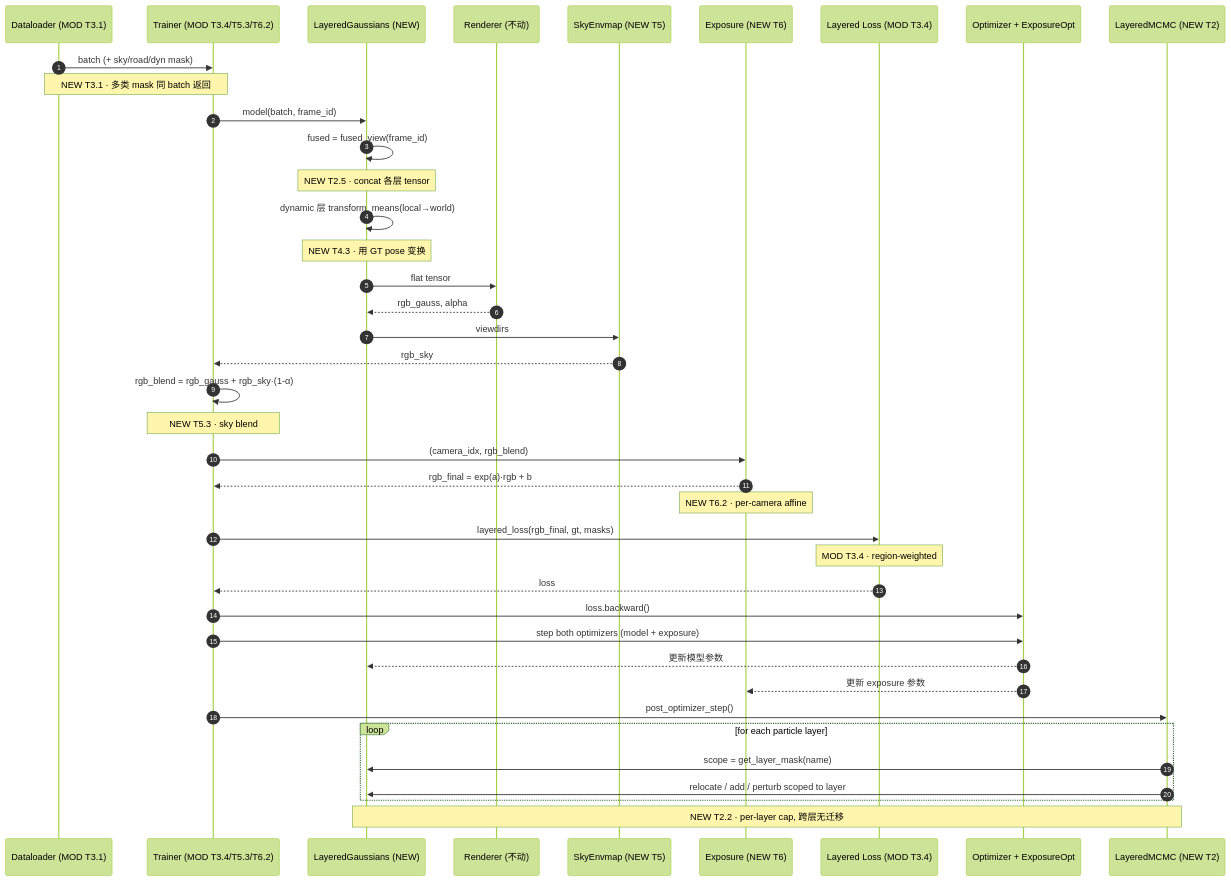
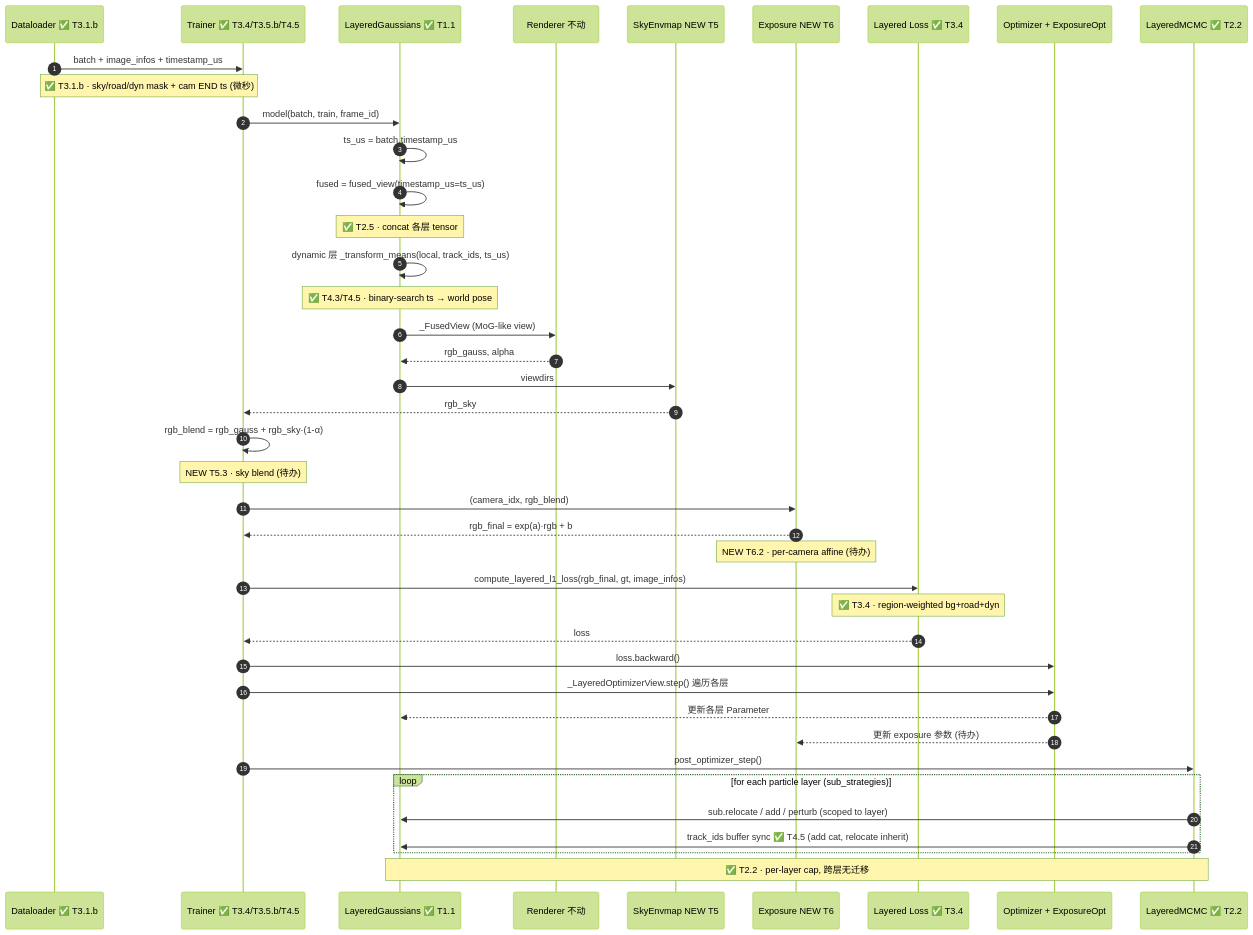
Before and after one commit to etendue/3dgrut: the fifth of 10 diagrams in v2_architecture.md, drawn with Mermaid (forest theme). The commit also changed other lines of this file and 1 other file, not shown here.

````diff
--- a/v2_architecture.md
+++ b/v2_architecture.md
@@ -186,49 +186,50 @@
 ```mermaid
 sequenceDiagram
     autonumber
-    participant DL as Dataloader (MOD T3.1)
-    participant T as Trainer (MOD T3.4/T5.3/T6.2)
-    participant LG as LayeredGaussians (NEW)
-    participant R as Renderer (不动)
-    participant SKY as SkyEnvmap (NEW T5)
-    participant EXP as Exposure (NEW T6)
-    participant L as Layered Loss (MOD T3.4)
+    participant DL as Dataloader ✅ T3.1.b
+    participant T as Trainer ✅ T3.4/T3.5.b/T4.5
+    participant LG as LayeredGaussians ✅ T1.1
+    participant R as Renderer 不动
+    participant SKY as SkyEnvmap NEW T5
+    participant EXP as Exposure NEW T6
+    participant L as Layered Loss ✅ T3.4
     participant O as Optimizer + ExposureOpt
-    participant S as LayeredMCMC (NEW T2)
+    participant S as LayeredMCMC ✅ T2.2
 
-    DL->>T: batch (+ sky/road/dyn mask)
-    Note over DL,T: NEW T3.1 · 多类 mask 同 batch 返回
+    DL->>T: batch + image_infos + timestamp_us
+    Note over DL,T: ✅ T3.1.b · sky/road/dyn mask + cam END ts (微秒)
 
-    T->>LG: model(batch, frame_id)
-    LG->>LG: fused = fused_view(frame_id)
-    Note over LG: NEW T2.5 · concat 各层 tensor
-    LG->>LG: dynamic 层 transform_means(local→world)
-    Note over LG: NEW T4.3 · 用 GT pose 变换
-    LG->>R: flat tensor
+    T->>LG: model(batch, train, frame_id)
+    LG->>LG: ts_us = batch.timestamp_us
+    LG->>LG: fused = fused_view(timestamp_us=ts_us)
+    Note over LG: ✅ T2.5 · concat 各层 tensor
+    LG->>LG: dynamic 层 _transform_means(local, track_ids, ts_us)
+    Note over LG: ✅ T4.3/T4.5 · binary-search ts → world pose
+    LG->>R: _FusedView (MoG-like view)
     R-->>LG: rgb_gauss, alpha
 
     LG->>SKY: viewdirs
     SKY-->>T: rgb_sky
     T->>T: rgb_blend = rgb_gauss + rgb_sky·(1-α)
-    Note over T: NEW T5.3 · sky blend
+    Note over T: NEW T5.3 · sky blend (待办)
 
     T->>EXP: (camera_idx, rgb_blend)
     EXP-->>T: rgb_final = exp(a)·rgb + b
-    Note over EXP: NEW T6.2 · per-camera affine
+    Note over EXP: NEW T6.2 · per-camera affine (待办)
 
-    T->>L: layered_loss(rgb_final, gt, masks)
-    Note over L: MOD T3.4 · region-weighted
+    T->>L: compute_layered_l1_loss(rgb_final, gt, image_infos)
+    Note over L: ✅ T3.4 · region-weighted bg+road+dyn
     L-->>T: loss
 
     T->>O: loss.backward()
-    T->>O: step both optimizers (model + exposure)
-    O-->>LG: 更新模型参数
-    O-->>EXP: 更新 exposure 参数
+    T->>O: _LayeredOptimizerView.step() 遍历各层
+    O-->>LG: 更新各层 Parameter
+    O-->>EXP: 更新 exposure 参数 (待办)
 
     T->>S: post_optimizer_step()
-    loop for each particle layer
-        S->>LG: scope = get_layer_mask(name)
-        S->>LG: relocate / add / perturb scoped to layer
+    loop for each particle layer (sub_strategies)
+        S->>LG: sub.relocate / add / perturb (scoped to layer)
+        S->>LG: track_ids buffer sync ✅ T4.5 (add cat, relocate inherit)
     end
-    Note over S,LG: NEW T2.2 · per-layer cap, 跨层无迁移
+    Note over S,LG: ✅ T2.2 · per-layer cap, 跨层无迁移
 ```
````
